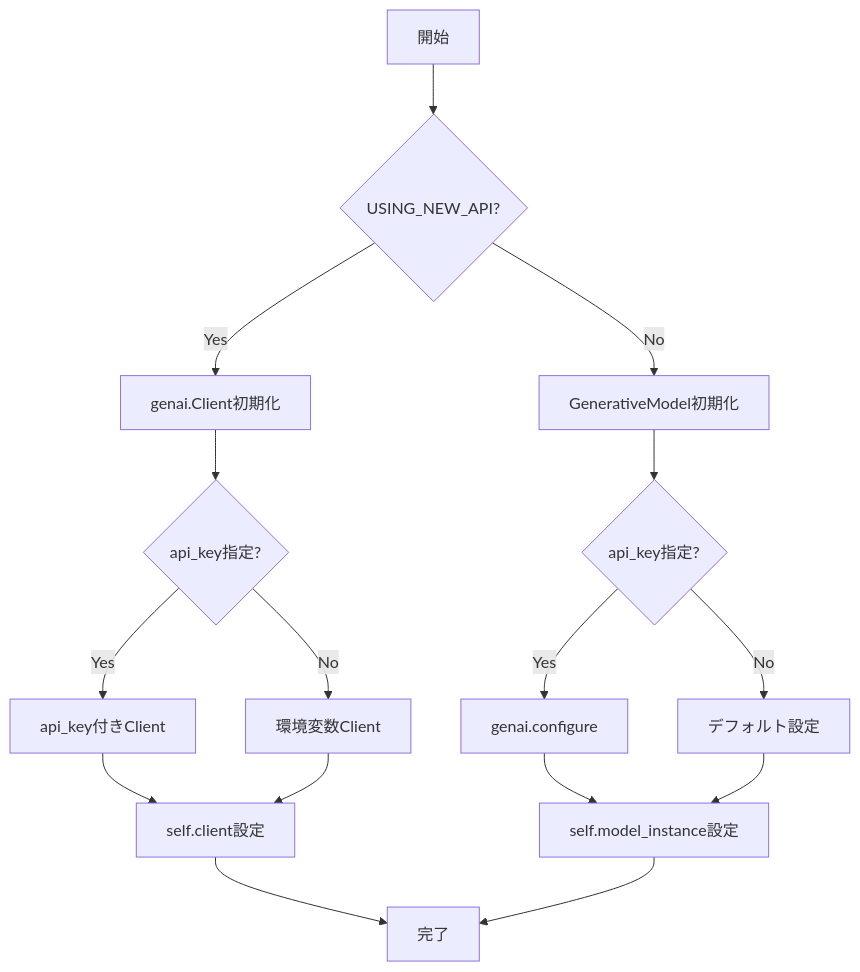
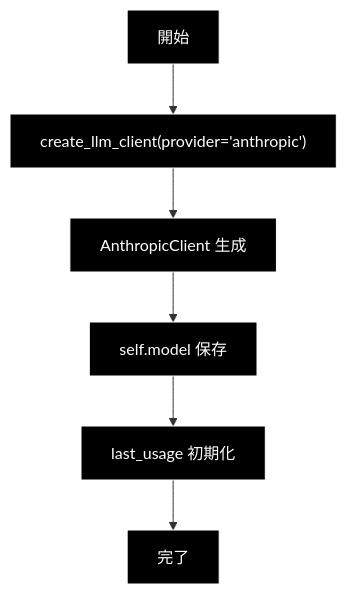
Before and after one commit to nakashima2toshio/anthropic_grace_agent_v2: the third of 6 diagrams in qa_generation/doc/smart_qa_generator.md, drawn with Mermaid. The commit also changed other lines of this file and 14 other files, not shown here.

````diff
--- a/qa_generation/doc/smart_qa_generator.md
+++ b/qa_generation/doc/smart_qa_generator.md
@@ -210,18 +215,11 @@
 ```mermaid
 flowchart TD
-    A[開始] --> B{USING_NEW_API?}
-    B -->|Yes| C[genai.Client初期化]
-    B -->|No| D[GenerativeModel初期化]
-    C --> E{api_key指定?}
-    D --> F{api_key指定?}
-    E -->|Yes| G[api_key付きClient]
-    E -->|No| H[環境変数Client]
-    F -->|Yes| I[genai.configure]
-    F -->|No| J[デフォルト設定]
-    G --> K[self.client設定]
-    H --> K
-    I --> L[self.model_instance設定]
-    J --> L
-    K --> M[完了]
-    L --> M
+    A[開始] --> B["create_llm_client(provider='anthropic')"]
+    B --> C[AnthropicClient 生成]
+    C --> D[self.model 保存]
+    D --> E["last_usage 初期化"]
+    E --> F[完了]
+classDef default fill:#000,stroke:#fff,color:#fff
+classDef subgraphStyle fill:#1a1a1a,stroke:#fff,color:#fff
+class A,B,C,D,E,F default
 ```
````
